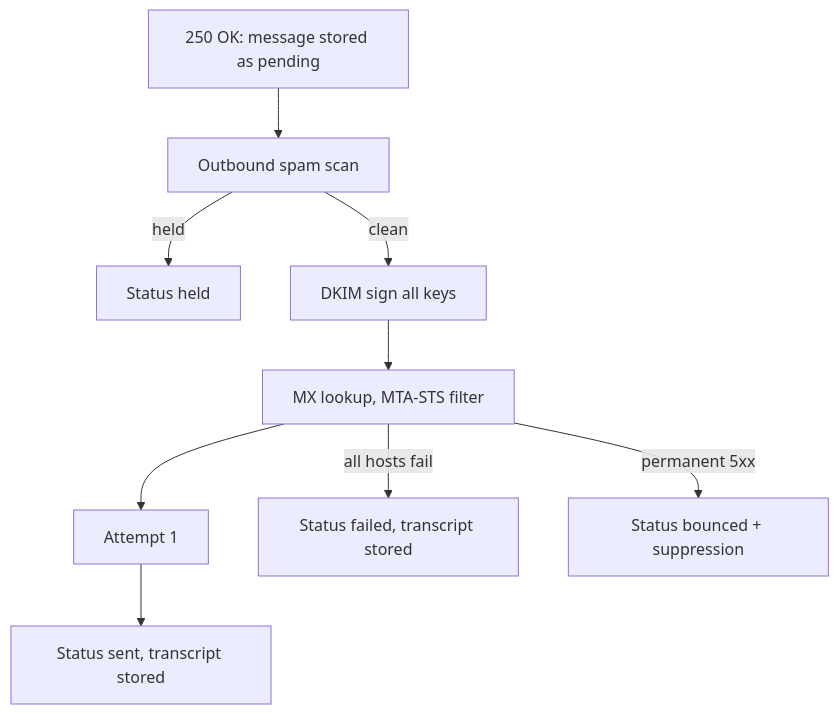
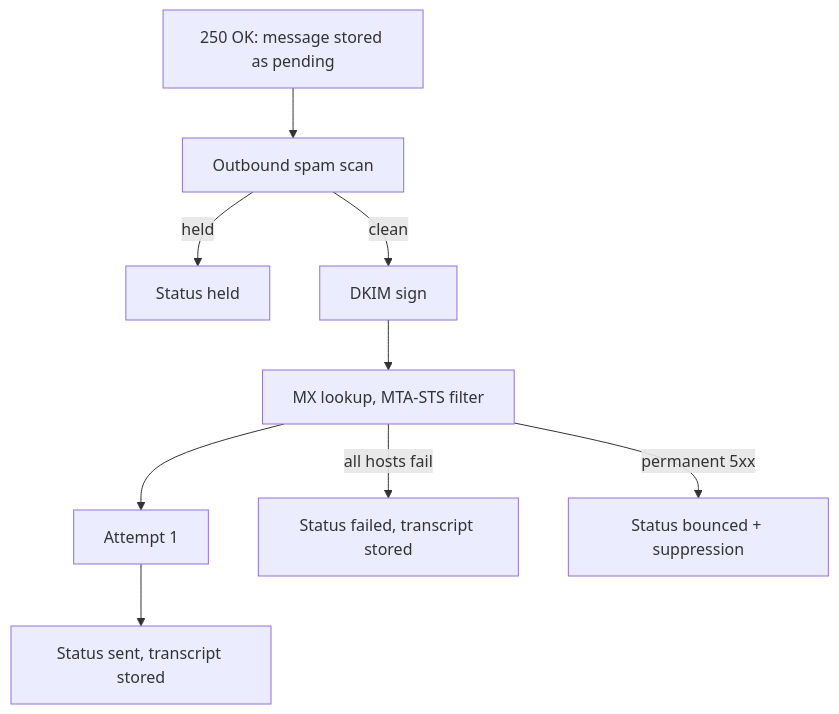
The first of 2 diagrams in docs/docs/reliability.md (codingjoe/relay), drawn with Mermaid before and after one commit. The commit also changed 21 other files, not shown here.

````diff
--- a/docs/docs/reliability.md
+++ b/docs/docs/reliability.md
@@ -18,11 +18,11 @@
 ```mermaid
 flowchart TD
     A[250 OK: message stored as pending] --> B[Outbound spam scan]
     B -- held --> C[Status held]
-    B -- clean --> D[DKIM sign all keys]
+    B -- clean --> D[DKIM sign]
     D --> E[MX lookup, MTA-STS filter]
     E --> F[Attempt 1]
     F --> G[Status sent, transcript stored]
     E -- all hosts fail --> H[Status failed, transcript stored]
     E -- permanent 5xx --> I[Status bounced + suppression]
 ```
````
